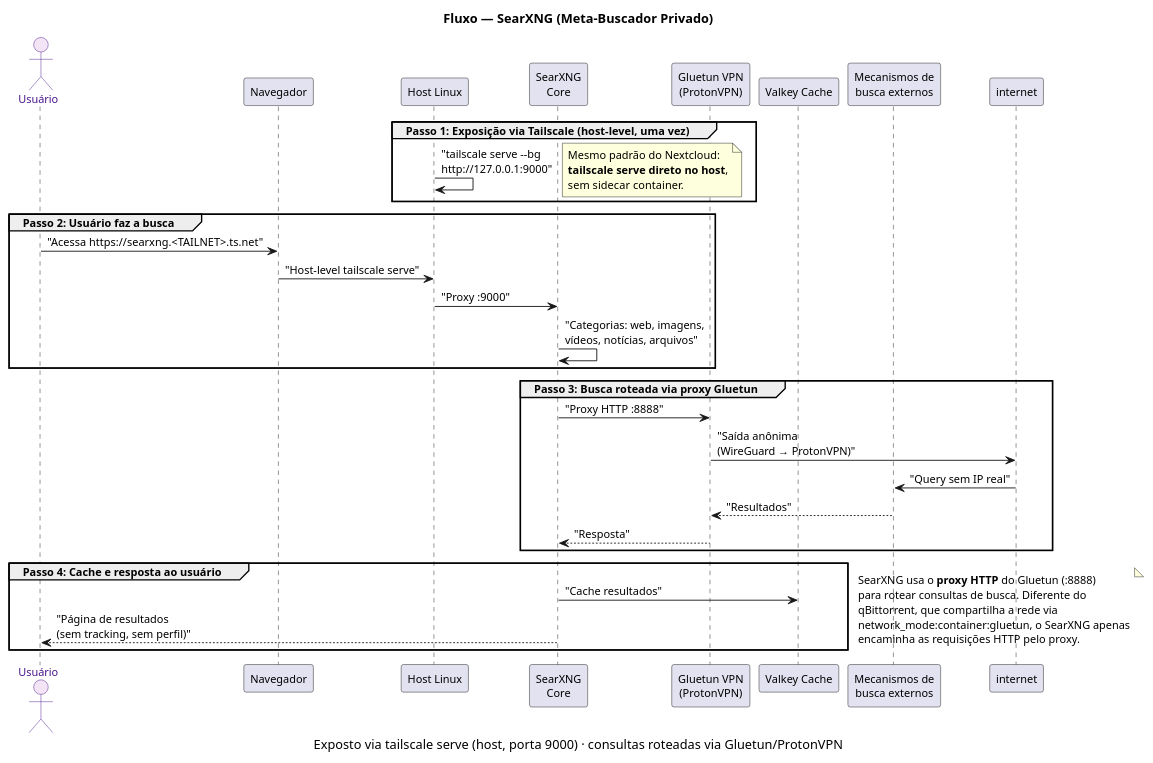
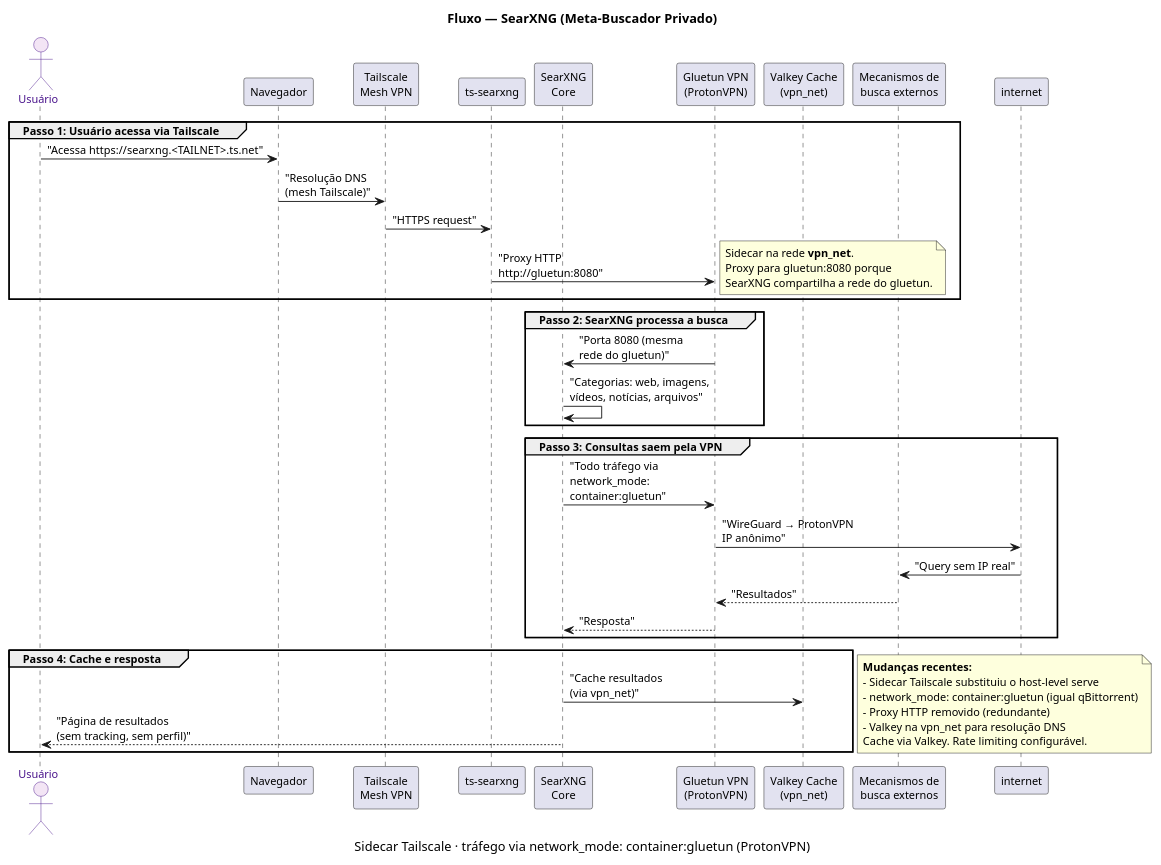
One commit to nextlevelcode014/self-hosted changed the diagram in docs/diagrama-fluxo-searxng.puml. Above: the diagram before and after it, drawn with PlantUML. The commit also changed 1 other file, not shown here.

Commit message:
docs: update searxng diagram to reflect tailscale sidecar + full vpn routing

```diff
--- a/docs/diagrama-fluxo-searxng.puml
+++ b/docs/diagrama-fluxo-searxng.puml
@@ -1,61 +1,63 @@
 @startuml Fluxo - SearXNG
 skinparam shadowing false
 skinparam defaultFontName SansSerif
 skinparam defaultFontSize 12
 
 title Fluxo — SearXNG (Meta-Buscador Privado)
-caption Exposto via tailscale serve (host, porta 9000) · consultas roteadas via Gluetun/ProtonVPN
+caption Sidecar Tailscale · tráfego via network_mode: container:gluetun (ProtonVPN)
 
 skinparam actor {
   BorderColor #4A148C
   FontColor #4A148C
   BackgroundColor #F3E5F5
 }
 
 actor "Usuário" as user
 participant "Navegador" as browser
-participant "Host Linux" as sx_host
+participant "Tailscale\nMesh VPN" as tailscale
+participant "ts-searxng" as ts_searxng
 participant "SearXNG\nCore" as searxng
 participant "Gluetun VPN\n(ProtonVPN)" as gluetun
-participant "Valkey Cache" as searxng_valkey
+participant "Valkey Cache\n(vpn_net)" as searxng_valkey
 participant "Mecanismos de\nbusca externos" as search_engines
 
-group Passo 1: Exposição via Tailscale (host-level, uma vez)
-  sx_host -> sx_host : "tailscale serve --bg\nhttp://127.0.0.1:9000"
+group Passo 1: Usuário acessa via Tailscale
+  user -> browser : "Acessa https://searxng.<TAILNET>.ts.net"
+  browser -> tailscale : "Resolução DNS\n(mesh Tailscale)"
+  tailscale -> ts_searxng : "HTTPS request"
+  ts_searxng -> gluetun : "Proxy HTTP\nhttp://gluetun:8080"
   note right
-    Mesmo padrão do Nextcloud:
-    **tailscale serve direto no host**,
-    sem sidecar container.
+    Sidecar na rede **vpn_net**.
+    Proxy para gluetun:8080 porque
+    SearXNG compartilha a rede do gluetun.
   end note
 end
 
-group Passo 2: Usuário faz a busca
-  user -> browser : "Acessa https://searxng.<TAILNET>.ts.net"
-  browser -> sx_host : "Host-level tailscale serve"
-  sx_host -> searxng : "Proxy :9000"
+group Passo 2: SearXNG processa a busca
+  gluetun -> searxng : "Porta 8080 (mesma\nrede do gluetun)"
   searxng -> searxng : "Categorias: web, imagens,\nvídeos, notícias, arquivos"
 end
 
-group Passo 3: Busca roteada via proxy Gluetun
-  searxng -> gluetun : "Proxy HTTP :8888"
-  gluetun -> internet : "Saída anônima\n(WireGuard → ProtonVPN)"
+group Passo 3: Consultas saem pela VPN
+  searxng -> gluetun : "Todo tráfego via\nnetwork_mode:\ncontainer:gluetun"
+  gluetun -> internet : "WireGuard → ProtonVPN\nIP anônimo"
   internet -> search_engines : "Query sem IP real"
   search_engines --> gluetun : "Resultados"
   gluetun --> searxng : "Resposta"
 end
 
-group Passo 4: Cache e resposta ao usuário
-  searxng -> searxng_valkey : "Cache resultados"
+group Passo 4: Cache e resposta
+  searxng -> searxng_valkey : "Cache resultados\n(via vpn_net)"
   searxng --> user : "Página de resultados\n(sem tracking, sem perfil)"
 end
 
 note right
-  SearXNG usa o **proxy HTTP** do Gluetun (:8888)
-  para rotear consultas de busca. Diferente do
-  qBittorrent, que compartilha a rede via
-  network_mode:container:gluetun, o SearXNG apenas
-  encaminha as requisições HTTP pelo proxy.
+  **Mudanças recentes:**
+  - Sidecar Tailscale substituiu o host-level serve
+  - network_mode: container:gluetun (igual qBittorrent)
+  - Proxy HTTP removido (redundante)
+  - Valkey na vpn_net para resolução DNS
   Cache via Valkey. Rate limiting configurável.
 end note
 
 @enduml
```
